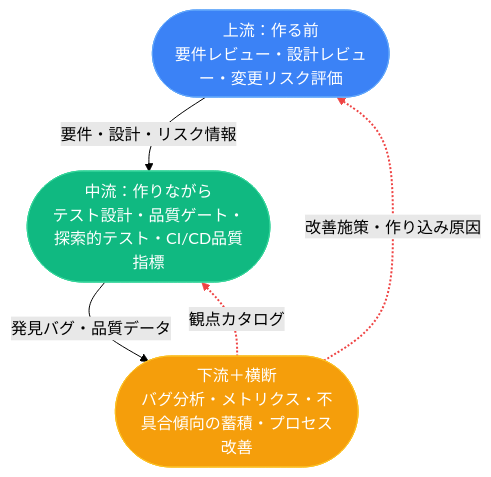
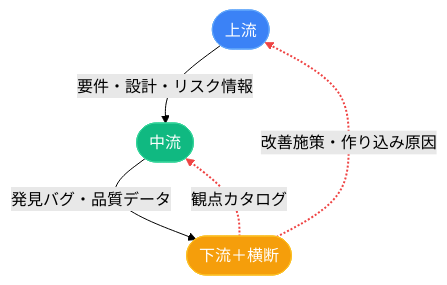
The second of 2 diagrams in unpublished/qa-activities-beyond-testing.md (akihisa-kusakabe-bk/zenn-content), drawn with Mermaid (forest theme) before and after one commit. The commit also changed other lines of this file, not shown here.

First line of the commit message:
refactor: 図を2分割（mindmap + フローチャート）

````diff
--- a/unpublished/qa-activities-beyond-testing.md
+++ b/unpublished/qa-activities-beyond-testing.md
@@ -52,16 +71,12 @@
 ```mermaid
 flowchart TD
-    UP(["上流：作る前\n要件レビュー・設計レビュー・変更リスク評価"])
-    MID(["中流：作りながら\nテスト設計・品質ゲート・探索的テスト・CI/CD品質指標"])
-    DOWN(["下流＋横断\nバグ分析・メトリクス・不具合傾向の蓄積・プロセス改善"])
-
-    UP -->|"要件・設計・リスク情報"| MID
-    MID -->|"発見バグ・品質データ"| DOWN
+    UP(["上流"]) -->|"要件・設計・リスク情報"| MID(["中流"])
+    MID -->|"発見バグ・品質データ"| DOWN(["下流＋横断"])
     DOWN -.->|"観点カタログ"| MID
     DOWN -.->|"改善施策・作り込み原因"| UP
 
     style UP fill:#3b82f6,color:#fff,stroke:#60a5fa
     style MID fill:#10b981,color:#fff,stroke:#34d399
     style DOWN fill:#f59e0b,color:#fff,stroke:#fbbf24
     linkStyle 2,3 stroke:#ef4444,stroke-width:2px
 ```
````
